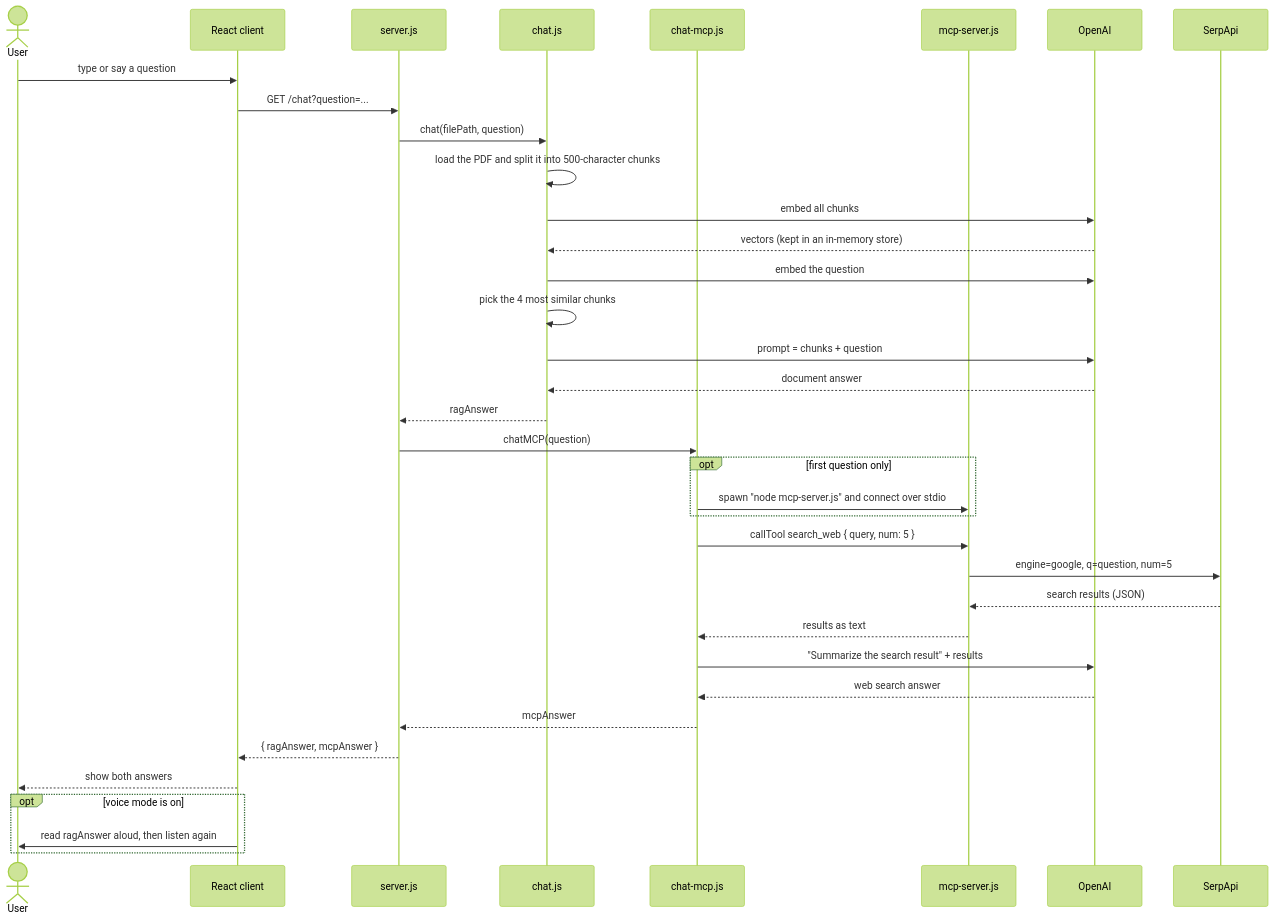
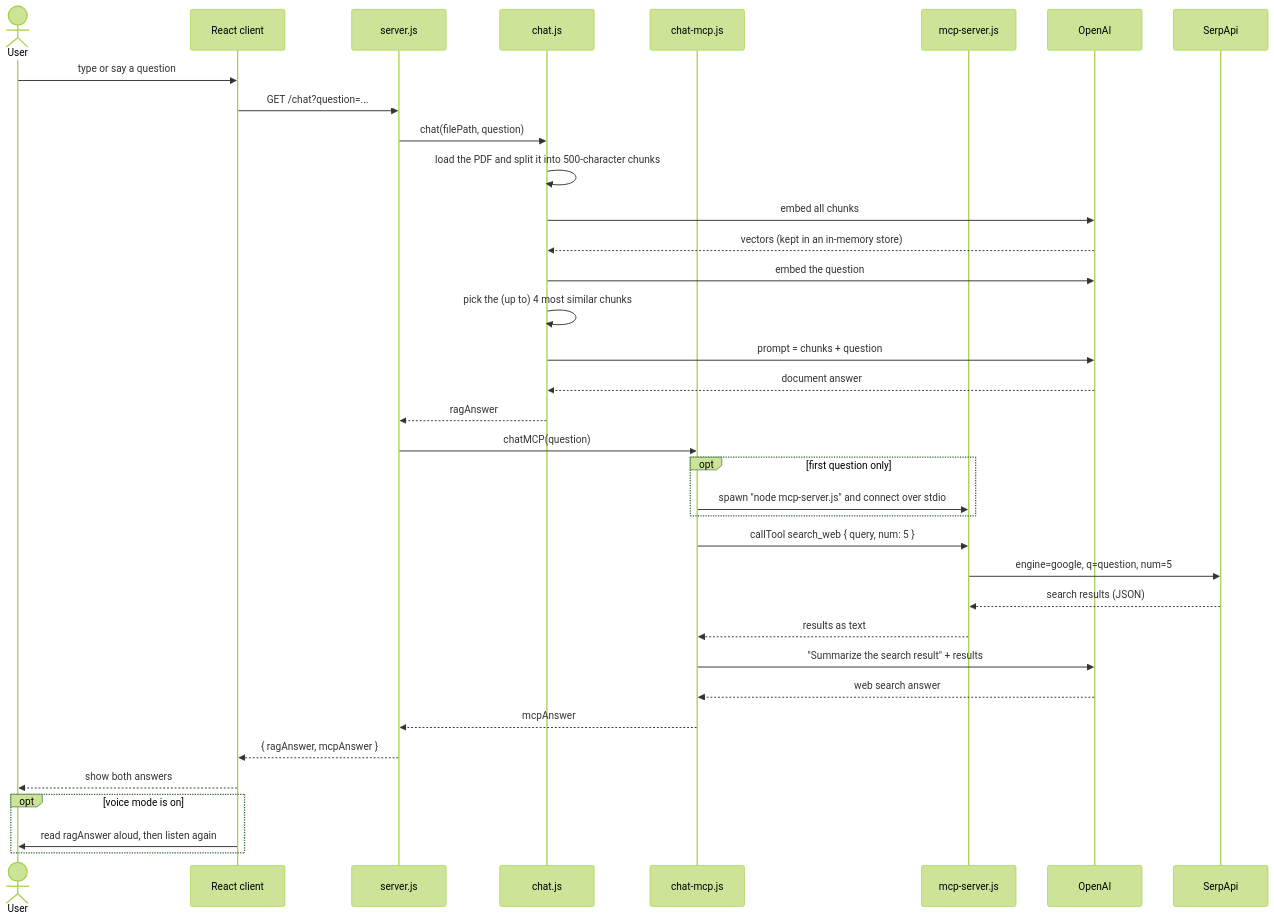
The second of 2 diagrams in docs/architecture.md (Jason-Li11037/nextAI), drawn with Mermaid (forest theme) before and after one commit. The commit also changed 1 other file, not shown here.

Commit message:
docs: say that retrieval returns up to four chunks

````diff
--- a/docs/architecture.md
+++ b/docs/architecture.md
@@ -57,42 +57,42 @@
 ```mermaid
 sequenceDiagram
     actor User
     participant Client as React client
     participant API as server.js
     participant RAG as chat.js
     participant MCPC as chat-mcp.js
     participant MCPS as mcp-server.js
     participant OpenAI
     participant SerpApi
 
     User->>Client: type or say a question
     Client->>API: GET /chat?question=...
 
     API->>RAG: chat(filePath, question)
     RAG->>RAG: load the PDF and split it into 500-character chunks
     RAG->>OpenAI: embed all chunks
     OpenAI-->>RAG: vectors (kept in an in-memory store)
     RAG->>OpenAI: embed the question
-    RAG->>RAG: pick the 4 most similar chunks
+    RAG->>RAG: pick the (up to) 4 most similar chunks
     RAG->>OpenAI: prompt = chunks + question
     OpenAI-->>RAG: document answer
     RAG-->>API: ragAnswer
 
     API->>MCPC: chatMCP(question)
     opt first question only
         MCPC->>MCPS: spawn "node mcp-server.js" and connect over stdio
     end
     MCPC->>MCPS: callTool search_web { query, num: 5 }
     MCPS->>SerpApi: engine=google, q=question, num=5
     SerpApi-->>MCPS: search results (JSON)
     MCPS-->>MCPC: results as text
     MCPC->>OpenAI: "Summarize the search result" + results
     OpenAI-->>MCPC: web search answer
     MCPC-->>API: mcpAnswer
 
     API-->>Client: { ragAnswer, mcpAnswer }
     Client-->>User: show both answers
     opt voice mode is on
         Client->>User: read ragAnswer aloud, then listen again
     end
 ```
````
